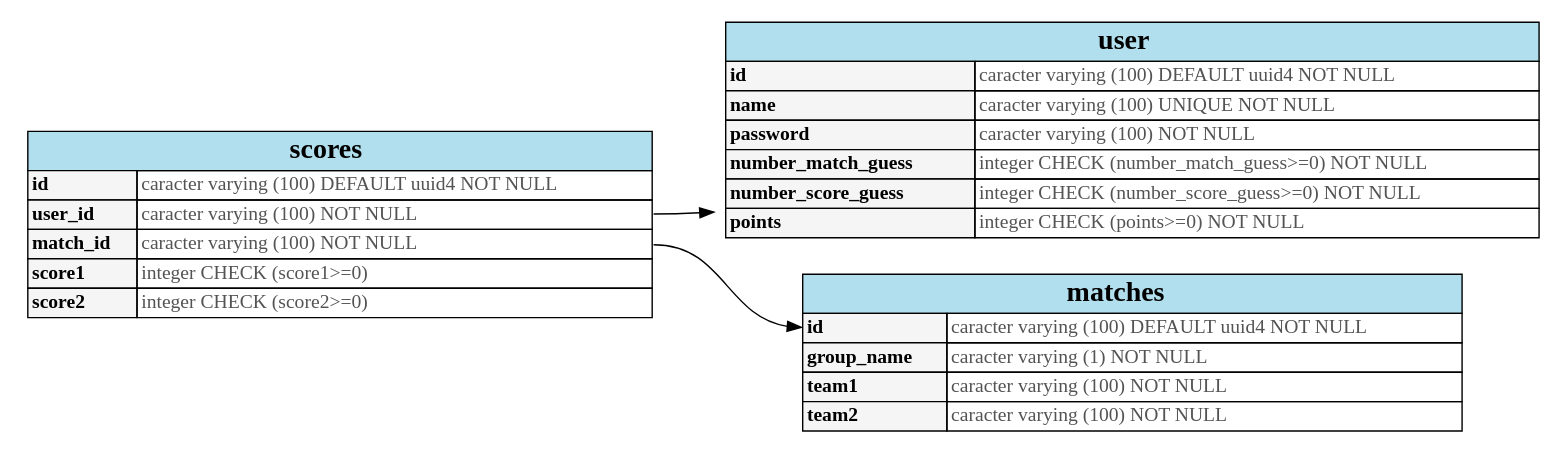
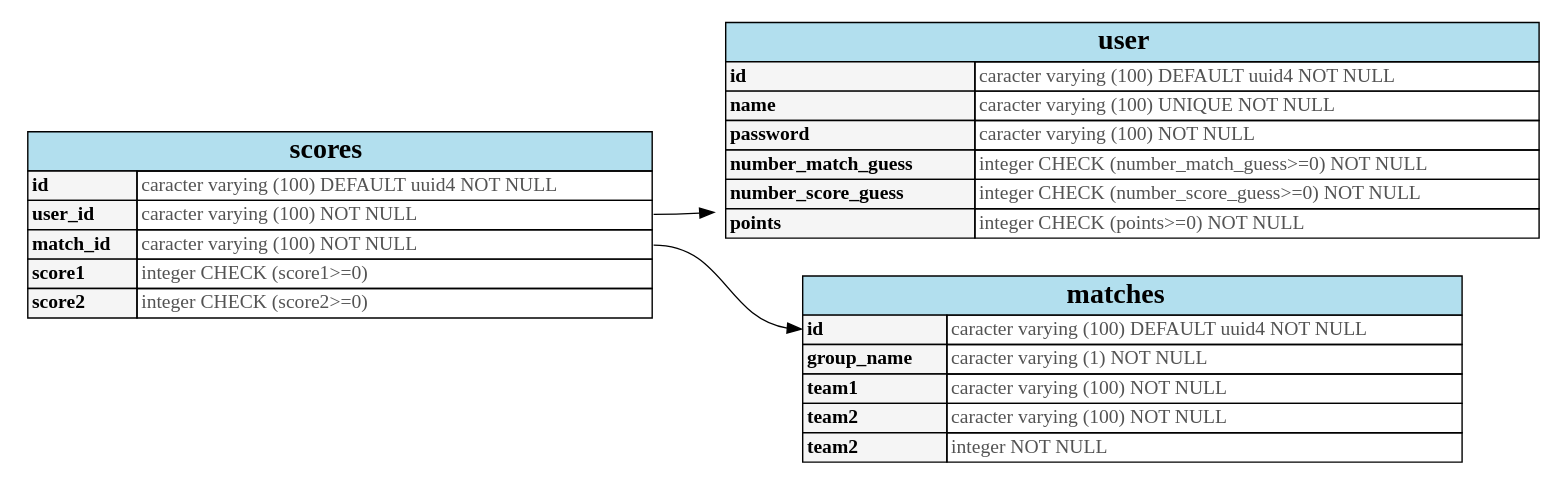
The diagram in doc/sql_graph.dot (yak-toto/yak-server), drawn with Graphviz before and after one commit. The commit also changed 7 other files, not shown here.

Commit message:
Migrate from sqlite to mysql. Add match index to order matches and scores. Use credentials file

```diff
--- a/doc/sql_graph.dot
+++ b/doc/sql_graph.dot
@@ -1,45 +1,46 @@
 digraph G {
     graph[rankdir="LR"];
-    
+
     user[
     shape=none
     label=<
       <table border="0" cellspacing="0" cellborder="1">
         <tr><td bgcolor="lightblue2" colspan="2"><font face="Times-bold" point-size="20">user</font></td></tr>
         <tr><td bgcolor="grey96" align="left"><font face="Times-bold">id</font></td><td align="left"><font color="#535353">caracter varying (100) DEFAULT uuid4 NOT NULL</font></td></tr>
         <tr><td bgcolor="grey96" align="left"><font face="Times-bold">name</font></td><td align="left"><font color="#535353">caracter varying (100) UNIQUE NOT NULL</font></td></tr>
         <tr><td bgcolor="grey96" align="left"><font face="Times-bold">password</font></td><td align="left"><font color="#535353">caracter varying (100) NOT NULL</font></td></tr>
         <tr><td bgcolor="grey96" align="left"><font face="Times-bold">number_match_guess</font></td><td align="left"><font color="#535353">integer CHECK (number_match_guess&#62;&#61;0) NOT NULL</font></td></tr>
         <tr><td bgcolor="grey96" align="left"><font face="Times-bold">number_score_guess</font></td><td align="left"><font color="#535353">integer CHECK (number_score_guess&#62;&#61;0) NOT NULL</font></td></tr>
         <tr><td bgcolor="grey96" align="left"><font face="Times-bold">points</font></td><td align="left"><font color="#535353">integer CHECK (points&#62;&#61;0) NOT NULL</font></td></tr>
       </table>
     >];
-    
+
     matches[
     shape=none
     label=<
       <table border="0" cellspacing="0" cellborder="1">
         <tr><td bgcolor="lightblue2" colspan="2"><font face="Times-bold" point-size="20">matches</font></td></tr>
         <tr><td bgcolor="grey96" align="left" port="id"><font face="Times-bold">id</font></td><td align="left" port="id_right"><font color="#535353">caracter varying (100) DEFAULT uuid4 NOT NULL</font></td></tr>
         <tr><td bgcolor="grey96" align="left" port="group_name"><font face="Times-bold">group_name</font></td><td align="left" port="id_right"><font color="#535353">caracter varying (1) NOT NULL</font></td></tr>
         <tr><td bgcolor="grey96" align="left" port="team1"><font face="Times-bold">team1</font></td><td align="left" port="team1_right"><font color="#535353">caracter varying (100) NOT NULL</font></td></tr>
         <tr><td bgcolor="grey96" align="left" port="team2"><font face="Times-bold">team2</font></td><td align="left" port="team2_right"><font color="#535353">caracter varying (100) NOT NULL</font></td></tr>
+        <tr><td bgcolor="grey96" align="left" port="match_index"><font face="Times-bold">team2</font></td><td align="left" port="match_index_right"><font color="#535353">integer NOT NULL</font></td></tr>
       </table>
     >];
 
     scores[
     shape=none
     label=<
       <table border="0" cellspacing="0" cellborder="1">
         <tr><td bgcolor="lightblue2" colspan="2"><font face="Times-bold" point-size="20">scores</font></td></tr>
         <tr><td bgcolor="grey96" align="left" port="id"><font face="Times-bold">id</font></td><td align="left" port="id_right"><font color="#535353">caracter varying (100) DEFAULT uuid4 NOT NULL</font></td></tr>
         <tr><td bgcolor="grey96" align="left" port="user_id"><font face="Times-bold">user_id</font></td><td align="left" port="user_id_right"><font color="#535353">caracter varying (100) NOT NULL</font></td></tr>
         <tr><td bgcolor="grey96" align="left" port="match_id"><font face="Times-bold">match_id</font></td><td align="left" port="match_id_right"><font color="#535353">caracter varying (100) NOT NULL</font></td></tr>
         <tr><td bgcolor="grey96" align="left" port="score1"><font face="Times-bold">score1</font></td><td align="left" port="score1_right"><font color="#535353">integer CHECK (score1&#62;&#61;0)</font></td></tr>
         <tr><td bgcolor="grey96" align="left" port="score2"><font face="Times-bold">score2</font></td><td align="left" port="score2_right"><font color="#535353">integer CHECK (score2&#62;&#61;0)</font></td></tr>
       </table>
     >];
 
     "scores":user_id_right -> "user":id
     "scores":match_id_right -> "matches":id
 }
```
